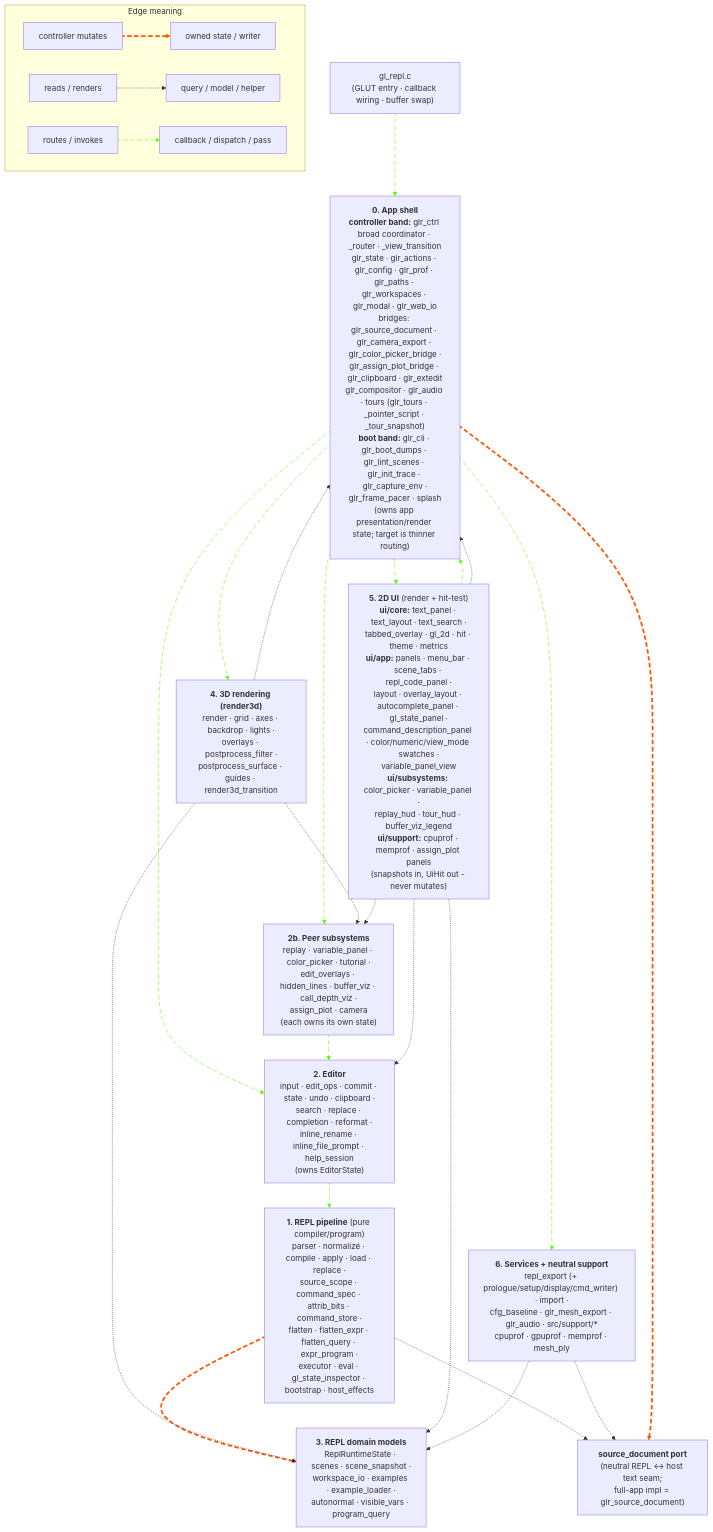
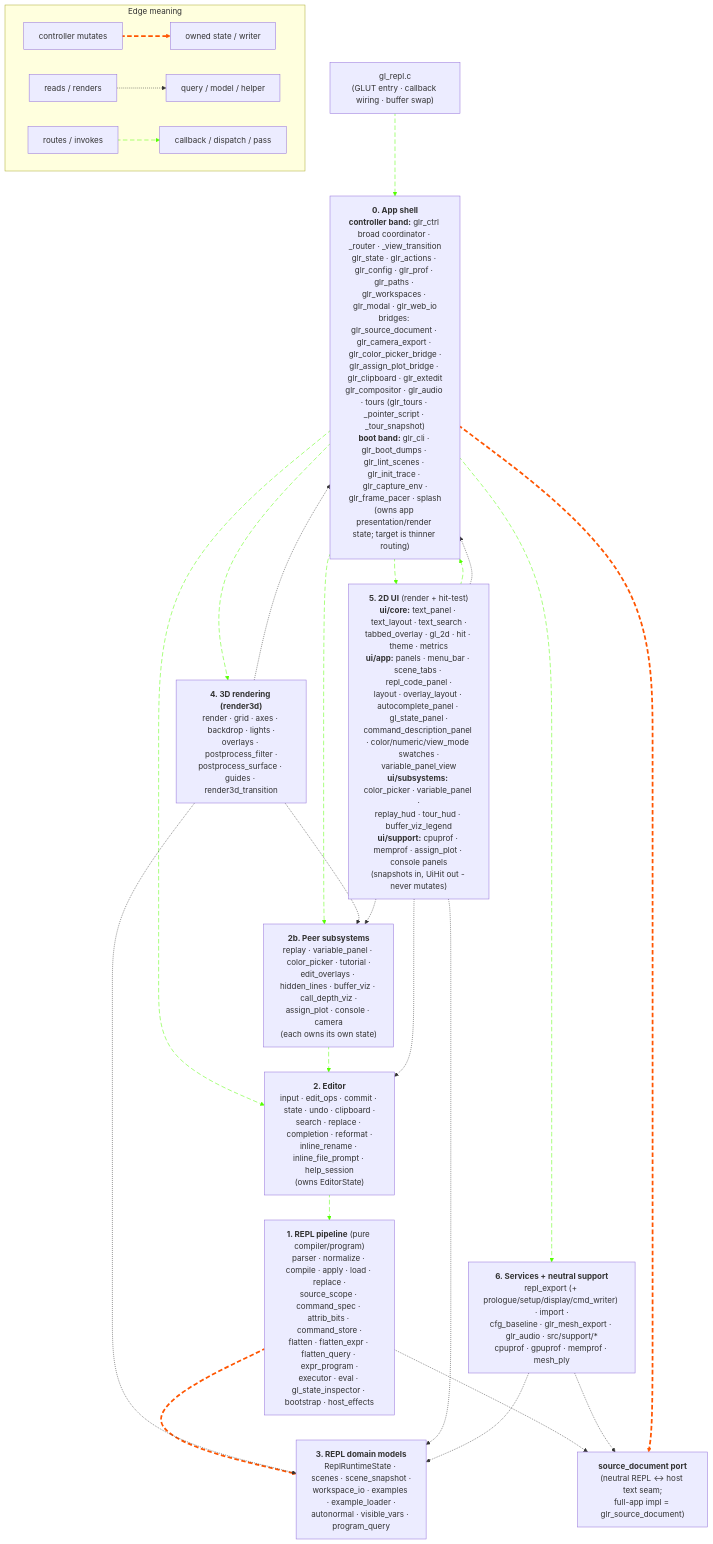
Before and after one commit to drewwoods/gl-repl: the first of 2 diagrams in docs/MODULES.md, drawn with Mermaid. The commit also changed other lines of this file and 60 other files, not shown here.

First line of the commit message:
app: add Console panel action to Interface menu and address review findings

````diff
--- a/docs/MODULES.md
+++ b/docs/MODULES.md
@@ -753,79 +754,79 @@
 ```mermaid
 flowchart TB
     subgraph legend["Edge meaning"]
         lmut_a["controller mutates"] e1@==> lmut_b["owned state / writer"]
         lread_a["reads / renders"] -.-> lread_b["query / model / helper"]
         lflow_a["routes / invokes"] i1@--> lflow_b["callback / dispatch / pass"]
     end
 
     gl_repl["gl_repl.c<br/>(GLUT entry · callback wiring · buffer swap)"]
 
     app["<b>0. App shell</b><br/><b>controller band:</b> glr_ctrl broad coordinator · _router · _view_transition<br/>glr_state · glr_actions · glr_config · glr_prof · glr_paths · glr_workspaces · glr_modal · glr_web_io<br/>bridges: glr_source_document · glr_camera_export · glr_color_picker_bridge ·<br/>glr_assign_plot_bridge · glr_clipboard · glr_extedit<br/>glr_compositor · glr_audio · tours (glr_tours · _pointer_script · _tour_snapshot)<br/><b>boot band:</b> glr_cli · glr_boot_dumps · glr_lint_scenes · glr_init_trace · glr_capture_env ·<br/>glr_frame_pacer · splash<br/>(owns app presentation/render state; target is thinner routing)"]
 
     editor["<b>2. Editor</b><br/>input · edit_ops · commit · state · undo · clipboard ·<br/>search · replace · completion · reformat ·<br/>inline_rename · inline_file_prompt · help_session<br/>(owns EditorState)"]
 
-    peers["<b>2b. Peer subsystems</b><br/>replay · variable_panel · color_picker · tutorial ·<br/>edit_overlays · hidden_lines · buffer_viz · call_depth_viz ·<br/>assign_plot · camera<br/>(each owns its own state)"]
+    peers["<b>2b. Peer subsystems</b><br/>replay · variable_panel · color_picker · tutorial ·<br/>edit_overlays · hidden_lines · buffer_viz · call_depth_viz ·<br/>assign_plot · console · camera<br/>(each owns its own state)"]
 
     repl["<b>1. REPL pipeline</b> (pure compiler/program)<br/>parser · normalize · compile · apply · load · replace ·<br/>source_scope · command_spec · attrib_bits · command_store ·<br/>flatten · flatten_expr · flatten_query · expr_program ·<br/>executor · eval · gl_state_inspector · bootstrap · host_effects"]
 
     models["<b>3. REPL domain models</b><br/>ReplRuntimeState · scenes · scene_snapshot ·<br/>workspace_io · examples · example_loader ·<br/>autonormal · visible_vars · program_query"]
 
     srcdoc["<b>source_document port</b><br/>(neutral REPL ↔ host text seam;<br/>full-app impl = glr_source_document)"]
 
-    ui["<b>5. 2D UI</b> (render + hit-test)<br/><b>ui/core:</b> text_panel · text_layout · text_search ·<br/>tabbed_overlay · gl_2d · hit · theme · metrics<br/><b>ui/app:</b> panels · menu_bar · scene_tabs · repl_code_panel ·<br/>layout · overlay_layout · autocomplete_panel · gl_state_panel ·<br/>command_description_panel · color/numeric/view_mode swatches ·<br/>variable_panel_view<br/><b>ui/subsystems:</b> color_picker · variable_panel ·<br/>replay_hud · tour_hud · buffer_viz_legend<br/><b>ui/support:</b> cpuprof · memprof · assign_plot panels<br/>(snapshots in, UiHit out - never mutates)"]
+    ui["<b>5. 2D UI</b> (render + hit-test)<br/><b>ui/core:</b> text_panel · text_layout · text_search ·<br/>tabbed_overlay · gl_2d · hit · theme · metrics<br/><b>ui/app:</b> panels · menu_bar · scene_tabs · repl_code_panel ·<br/>layout · overlay_layout · autocomplete_panel · gl_state_panel ·<br/>command_description_panel · color/numeric/view_mode swatches ·<br/>variable_panel_view<br/><b>ui/subsystems:</b> color_picker · variable_panel ·<br/>replay_hud · tour_hud · buffer_viz_legend<br/><b>ui/support:</b> cpuprof · memprof · assign_plot · console panels<br/>(snapshots in, UiHit out - never mutates)"]
 
     render3d["<b>4. 3D rendering (render3d)</b><br/>render · grid · axes · backdrop · lights ·<br/>overlays · postprocess_filter ·<br/>postprocess_surface · guides · render3d_transition"]
 
     services["<b>6. Services + neutral support</b><br/>repl_export (+ prologue/setup/display/cmd_writer) · import ·<br/>cfg_baseline · glr_mesh_export · glr_audio · src/support/*<br/>cpuprof · gpuprof · memprof · mesh_ply"]
 
     %% Raw input flow: gl_repl.c hands GLUT events to the app shell. UI
     %% hit-tests are passive - they compute a UiHit and hand it back to
     %% the controller for dispatch.
     gl_repl i2@--> app
     ui i3@--> app
 
     %% App shell routes raw input to the owning subsystem, drives the
     %% frame, and calls UI/render3d/services.
     app i4@--> editor
     app i5@--> peers
     app i6@--> render3d
     app i7@--> ui
     app i8@--> services
 
     %% Editor commit is the only path crossing INTO the REPL pipeline.
     %% REPL apply / command_store mutates the program model.
     editor i9@--> repl
     repl e2@==> models
 
     %% Peers write back through the editor (color_picker rewrites a
     %% source line via editor_commit_apply_external_change; the
     %% variable_panel drag rewrites a numeric token the same way).
     peers i10@--> editor
 
     %% Source-document port: REPL pipeline reads/writes source text
     %% through the neutral port, and services read source through it
     %% too. The full-app adapter (app layer) delegates writes to the
     %% editor buffer - editor stays the single underlying writer.
     repl -.-> srcdoc
     services -.-> srcdoc
     app e3@==> srcdoc
 
     %% Render is read-only: render3d and UI consume snapshots of program /
     %% editor / peer / app state. They never mutate.
     render3d -.-> models
     render3d -.-> peers
     render3d -.-> app
     ui -.-> editor
     ui -.-> models
     ui -.-> peers
     ui -.-> app
 
     %% Services read program and editor state to persist/replay.
     services -.-> models
 
     classDef animateE stroke:#f50,stroke-dasharray: 9\,5,stroke-dashoffset: 900,animation: dash 90s linear infinite;
     classDef animateF stroke:#5f0,stroke-dasharray: 9\,5,stroke-dashoffset: 900,animation: dash 90s linear infinite;
 
     class e1,e2,e3 animateE
     class i1,i2,i3,i4,i5,i6,i7,i8,i9,i10 animateF
 ```
````
